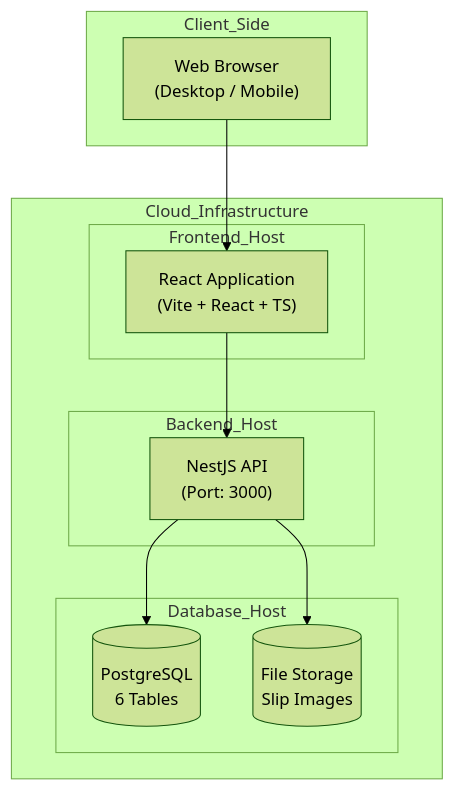
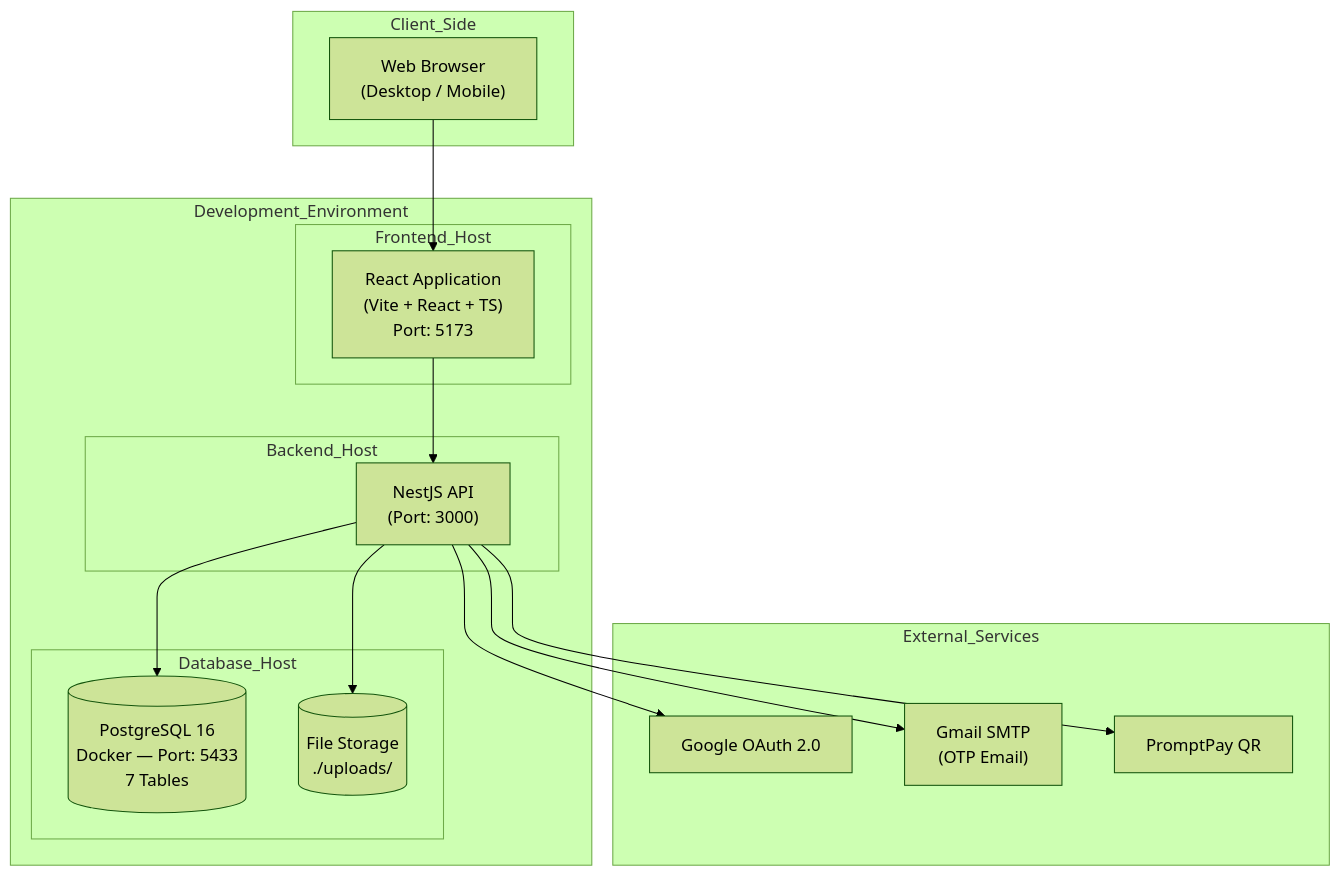
The first of 5 diagrams in system_based/System_Overview.md (psu6810110135/final_porj), drawn with Mermaid (forest theme) before and after one commit. The commit also changed other lines of this file and 6 other files, not shown here.

````diff
--- a/system_based/System_Overview.md
+++ b/system_based/System_Overview.md
@@ -9,26 +9,35 @@
 ```mermaid
 graph TD
     subgraph Client_Side
         Browser["Web Browser<br>(Desktop / Mobile)"]
     end
 
-    subgraph Cloud_Infrastructure
+    subgraph Development_Environment
         subgraph Frontend_Host
-            ReactApp["React Application<br>(Vite + React + TS)"]
+            ReactApp["React Application<br>(Vite + React + TS)<br>Port: 5173"]
         end
 
         subgraph Backend_Host
             NestJS["NestJS API<br>(Port: 3000)"]
         end
 
         subgraph Database_Host
-            PostgreSQL[(PostgreSQL<br>6 Tables)]
-            Storage[(File Storage<br>Slip Images)]
+            PostgreSQL[(PostgreSQL 16<br>Docker — Port: 5433<br>7 Tables)]
+            Storage[(File Storage<br>./uploads/)]
         end
+    end
+
+    subgraph External_Services
+        Google["Google OAuth 2.0"]
+        Gmail["Gmail SMTP<br>(OTP Email)"]
+        PromptPay["PromptPay QR"]
     end
 
     Browser --> ReactApp
     ReactApp --> NestJS
     NestJS --> PostgreSQL
     NestJS --> Storage
+    NestJS --> Google
+    NestJS --> Gmail
+    NestJS --> PromptPay
 ```
````
